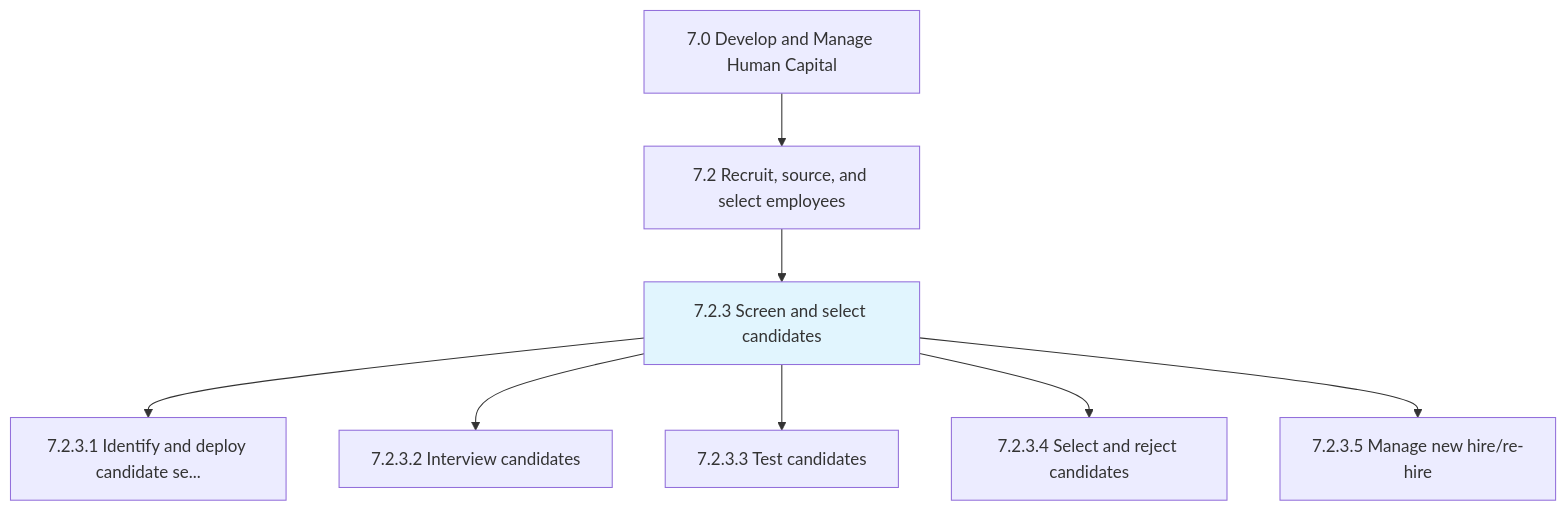
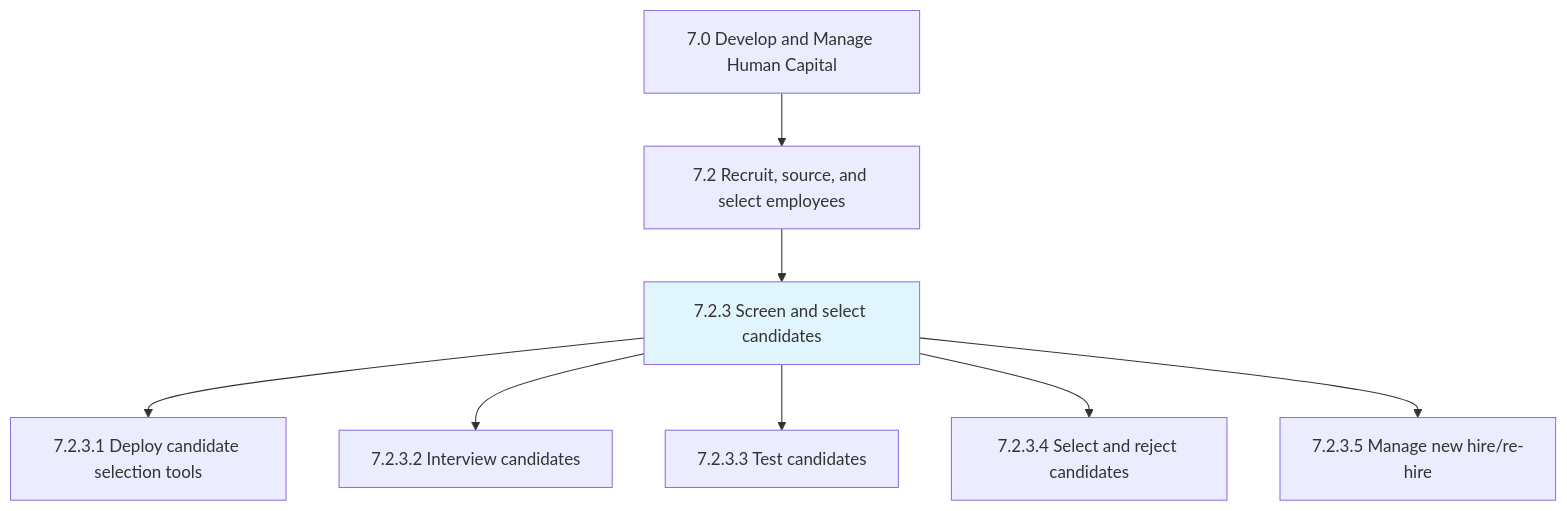
Before and after one commit to kziemski/business.org.ai: the first of 2 diagrams in processes/07-HR/7.2-RecruitSourceSelectEmployees/7.2.3-ScreenSelectCandidates/index.mdx, drawn with Mermaid. The commit also changed other lines of this file and 885 other files, not shown here.

````diff
--- a/processes/07-HR/7.2-RecruitSourceSelectEmployees/7.2.3-ScreenSelectCandidates/index.mdx
+++ b/processes/07-HR/7.2-RecruitSourceSelectEmployees/7.2.3-ScreenSelectCandidates/index.mdx
@@ -25,12 +25,12 @@
 ```mermaid
 graph TD
     C7["7.0 Develop and Manage Human Capital"]
     C7 --> N7_2["7.2 Recruit, source, and select employees"]
     N7_2 --> N7_2_3["7.2.3 Screen and select candidates"]
     style N7_2_3 fill:#e1f5fe
-    N7_2_3 --> N7_2_3_1["7.2.3.1 Identify and deploy candidate se..."]
+    N7_2_3 --> N7_2_3_1["7.2.3.1 Deploy candidate selection tools"]
     N7_2_3 --> N7_2_3_2["7.2.3.2 Interview candidates"]
     N7_2_3 --> N7_2_3_3["7.2.3.3 Test candidates"]
     N7_2_3 --> N7_2_3_4["7.2.3.4 Select and reject candidates"]
     N7_2_3 --> N7_2_3_5["7.2.3.5 Manage new hire/re-hire"]
 ```
````
